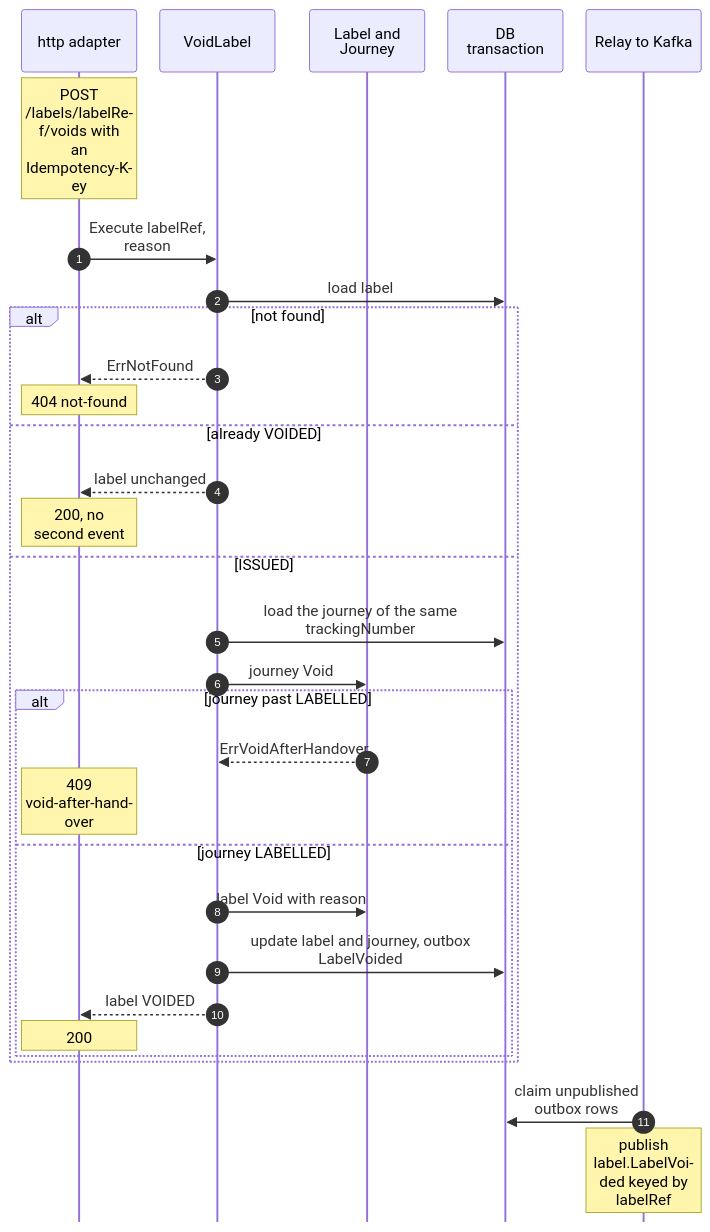
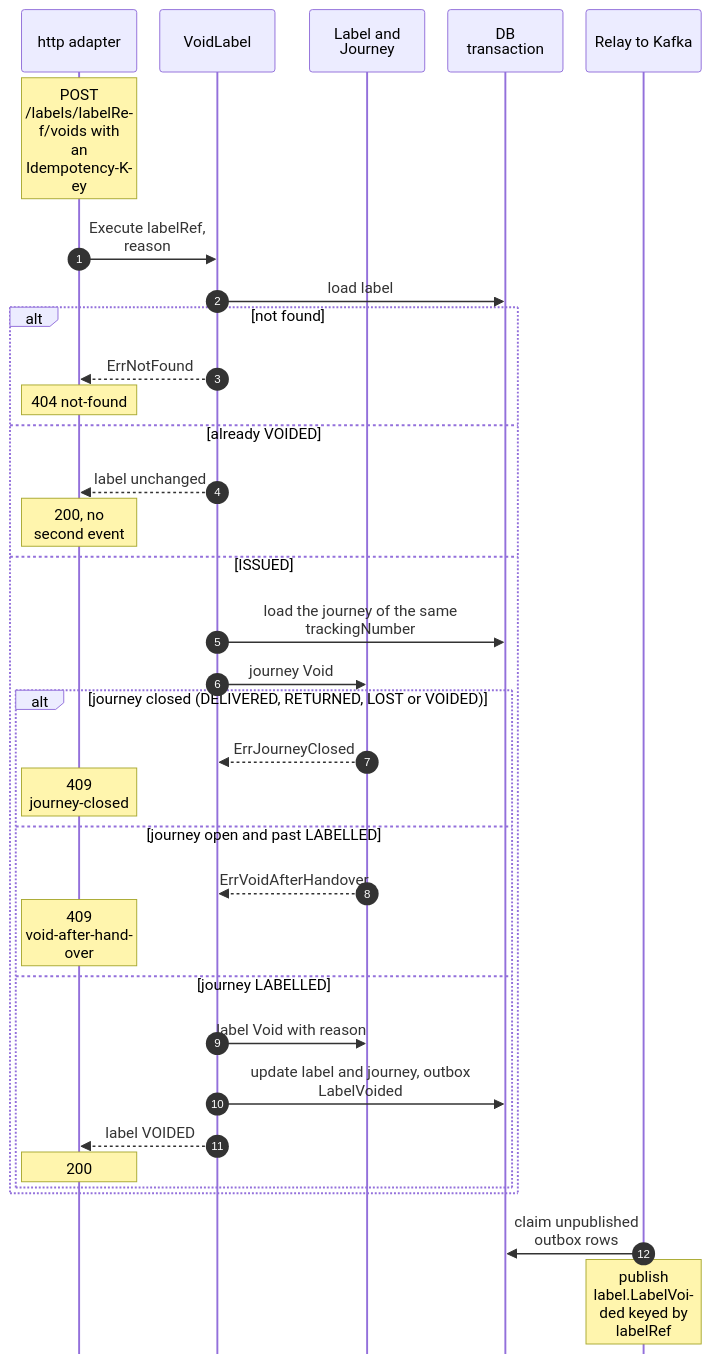
One commit to IQVO/shipping-and-tracking changed the second of 6 diagrams in docs/docs/ddd/sequence-diagrams.md. Above: the diagram before and after it, drawn with Mermaid. The commit also changed 4 other files, not shown here.

Commit message:
docs: refresh the godog counts, void of a closed journey answers journey-closed, retired void route

````diff
--- a/docs/docs/ddd/sequence-diagrams.md
+++ b/docs/docs/ddd/sequence-diagrams.md
@@ -68,34 +68,37 @@
 ```mermaid
 %%{init: {"sequence": {"wrap": true, "width": 120, "actorMargin": 24, "messageMargin": 28, "boxMargin": 6, "noteMargin": 6, "mirrorActors": false}}}%%
 sequenceDiagram
     autonumber
     participant H as http adapter
     participant UC as VoidLabel
     participant A as Label and Journey
     participant DB as DB transaction
     participant RL as Relay to Kafka
     Note over H: POST /labels/labelRef/voids with an Idempotency-Key
     H->>UC: Execute labelRef, reason
     UC->>DB: load label
     alt not found
         UC-->>H: ErrNotFound
         Note over H: 404 not-found
     else already VOIDED
         UC-->>H: label unchanged
         Note over H: 200, no second event
     else ISSUED
         UC->>DB: load the journey of the same trackingNumber
         UC->>A: journey Void
-        alt journey past LABELLED
+        alt journey closed (DELIVERED, RETURNED, LOST or VOIDED)
+            A-->>UC: ErrJourneyClosed
+            Note over H: 409 journey-closed
+        else journey open and past LABELLED
             A-->>UC: ErrVoidAfterHandover
             Note over H: 409 void-after-handover
         else journey LABELLED
             UC->>A: label Void with reason
             UC->>DB: update label and journey, outbox LabelVoided
             UC-->>H: label VOIDED
             Note over H: 200
         end
     end
     RL->>DB: claim unpublished outbox rows
     Note over RL: publish label.LabelVoided keyed by labelRef
 ```
````
